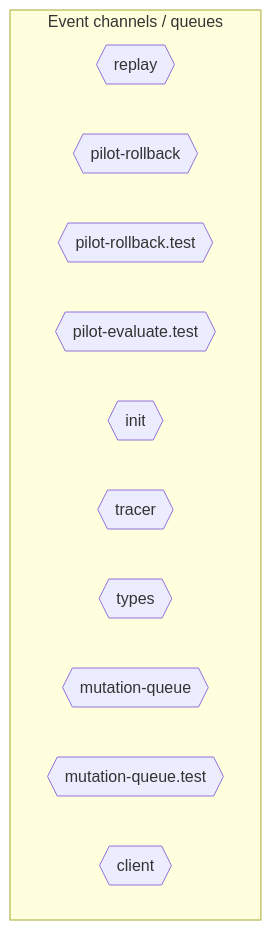
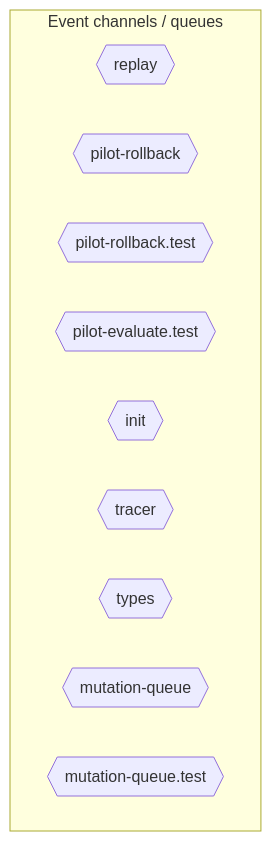
One commit to jscraik/coding-harness changed the sixth of 10 diagrams in AI/context/diagram-context.md. Above: the diagram before and after it, drawn with Mermaid. The commit also changed other lines of this file and 9 other files, not shown here.

Commit message:
chore(diagrams): auto-refresh architecture diagrams

````diff
--- a/AI/context/diagram-context.md
+++ b/AI/context/diagram-context.md
@@ -490,16 +488,15 @@
 ```mermaid
 flowchart TD
   subgraph Channels["Event channels / queues"]
     replay_ac203c98{{"replay"}}
     pilot_rollback_00c1f82c{{"pilot-rollback"}}
     pilot_rollback_test_e61d5a2b{{"pilot-rollback.test"}}
     pilot_evaluate_test_a2ac06fc{{"pilot-evaluate.test"}}
     init_bb54068a{{"init"}}
     tracer_1e6243a2{{"tracer"}}
-    types_4_822d0f88{{"types"}}
+    types_5_f869ec4b{{"types"}}
     mutation_queue_ce5a530e{{"mutation-queue"}}
     mutation_queue_test_10b599e8{{"mutation-queue.test"}}
-    client_948fe603{{"client"}}
   end
   classDef eventNode fill:#db2777,color:#fff
 ```
````
